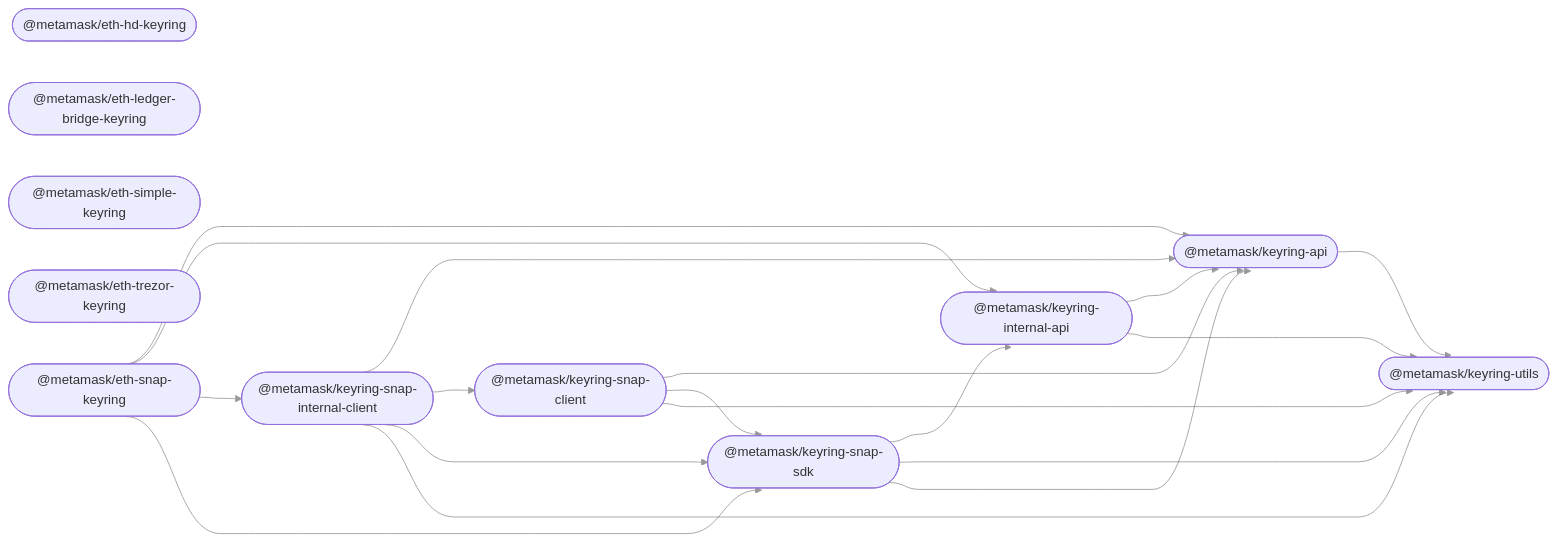
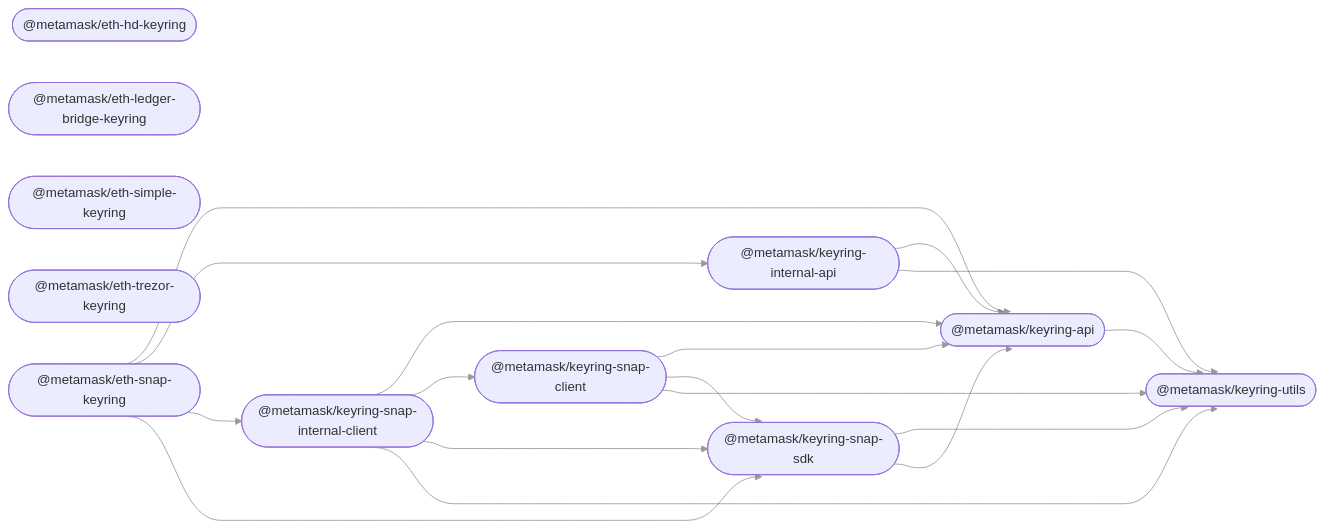
The diagram in README.md (MetaMask/accounts), drawn with Mermaid before and after one commit.

````diff
--- a/README.md
+++ b/README.md
@@ -33,33 +33,32 @@
 ```mermaid
 %%{ init: { 'flowchart': { 'curve': 'bumpX' } } }%%
 graph LR;
 linkStyle default opacity:0.5
   keyring_api(["@metamask/keyring-api"]);
   eth_hd_keyring(["@metamask/eth-hd-keyring"]);
   eth_ledger_bridge_keyring(["@metamask/eth-ledger-bridge-keyring"]);
   eth_simple_keyring(["@metamask/eth-simple-keyring"]);
   eth_trezor_keyring(["@metamask/eth-trezor-keyring"]);
   keyring_internal_api(["@metamask/keyring-internal-api"]);
   eth_snap_keyring(["@metamask/eth-snap-keyring"]);
   keyring_snap_client(["@metamask/keyring-snap-client"]);
   keyring_snap_internal_client(["@metamask/keyring-snap-internal-client"]);
   keyring_snap_sdk(["@metamask/keyring-snap-sdk"]);
   keyring_utils(["@metamask/keyring-utils"]);
   keyring_api --> keyring_utils;
   keyring_internal_api --> keyring_api;
   keyring_internal_api --> keyring_utils;
   eth_snap_keyring --> keyring_api;
   eth_snap_keyring --> keyring_internal_api;
   eth_snap_keyring --> keyring_snap_internal_client;
   eth_snap_keyring --> keyring_snap_sdk;
   keyring_snap_client --> keyring_api;
   keyring_snap_client --> keyring_snap_sdk;
   keyring_snap_client --> keyring_utils;
   keyring_snap_internal_client --> keyring_api;
   keyring_snap_internal_client --> keyring_snap_client;
   keyring_snap_internal_client --> keyring_snap_sdk;
   keyring_snap_internal_client --> keyring_utils;
-  keyring_snap_sdk --> keyring_internal_api;
   keyring_snap_sdk --> keyring_utils;
   keyring_snap_sdk --> keyring_api;
 ```
````
